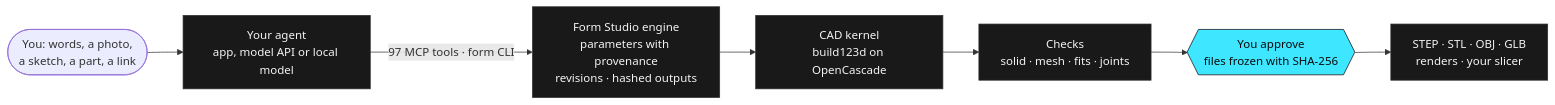
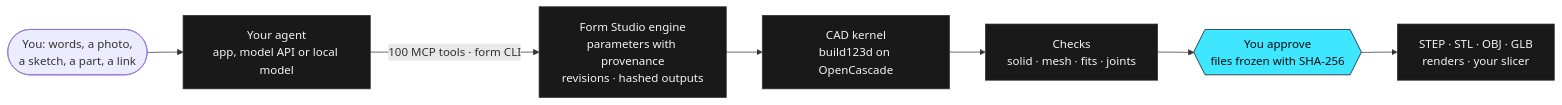
The diagram in README.md (kaizensx/form-studio), drawn with Mermaid before and after one commit. The commit also changed other lines of this file and 26 other files, not shown here.

````diff
--- a/README.md
+++ b/README.md
@@ -86,13 +86,13 @@
 ```mermaid
 flowchart LR
   you(["You: words, a photo,<br/>a sketch, a part, a link"]) --> agent["Your agent<br/>app, model API or local model"]
-  agent -- "97 MCP tools · form CLI" --> engine["Form Studio engine<br/>parameters with provenance<br/>revisions · hashed outputs"]
+  agent -- "100 MCP tools · form CLI" --> engine["Form Studio engine<br/>parameters with provenance<br/>revisions · hashed outputs"]
   engine --> kernel["CAD kernel<br/>build123d on OpenCascade"]
   kernel --> checks["Checks<br/>solid · mesh · fits · joints"]
   checks --> release{{"You approve<br/>files frozen with SHA-256"}}
   release --> out["STEP · STL · OBJ · GLB<br/>renders · your slicer"]
   classDef datum fill:#3ee6ff,stroke:#0b0b0c,color:#0b0b0c
   classDef plate fill:#19191a,stroke:#2f2f31,color:#f4f3f1
   class release datum
   class agent,engine,kernel,checks,out plate
 ```
````
